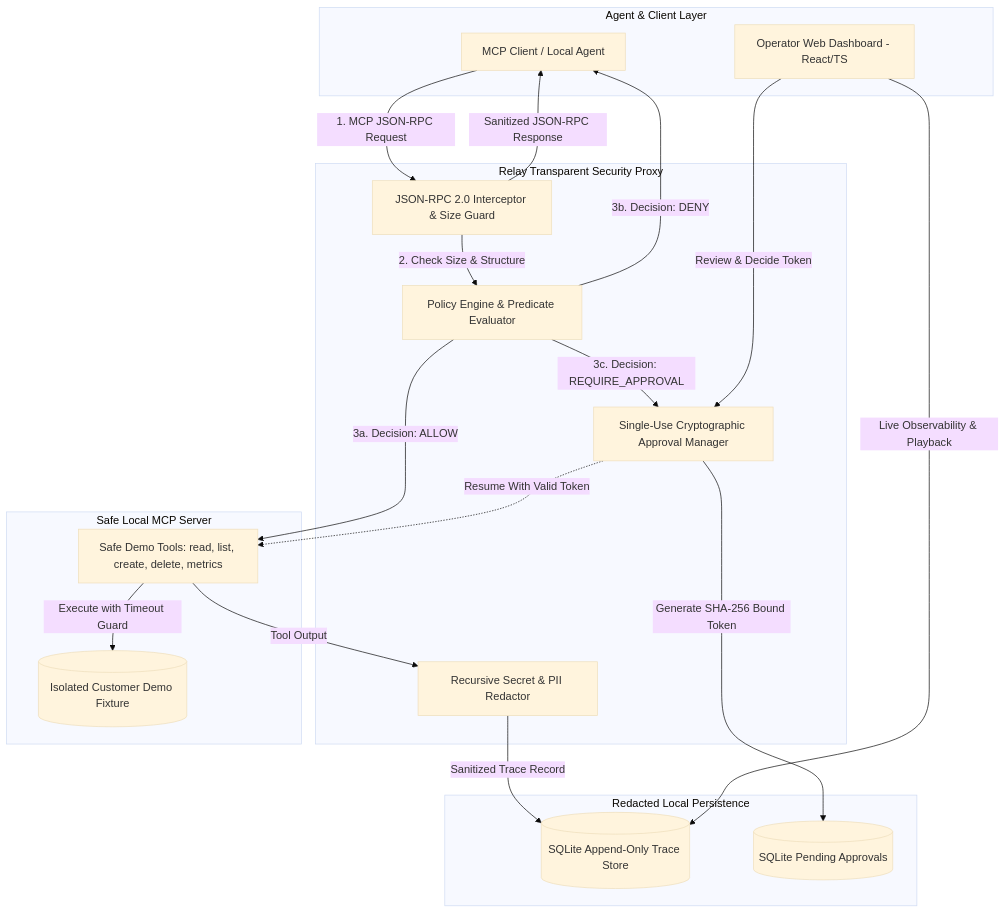
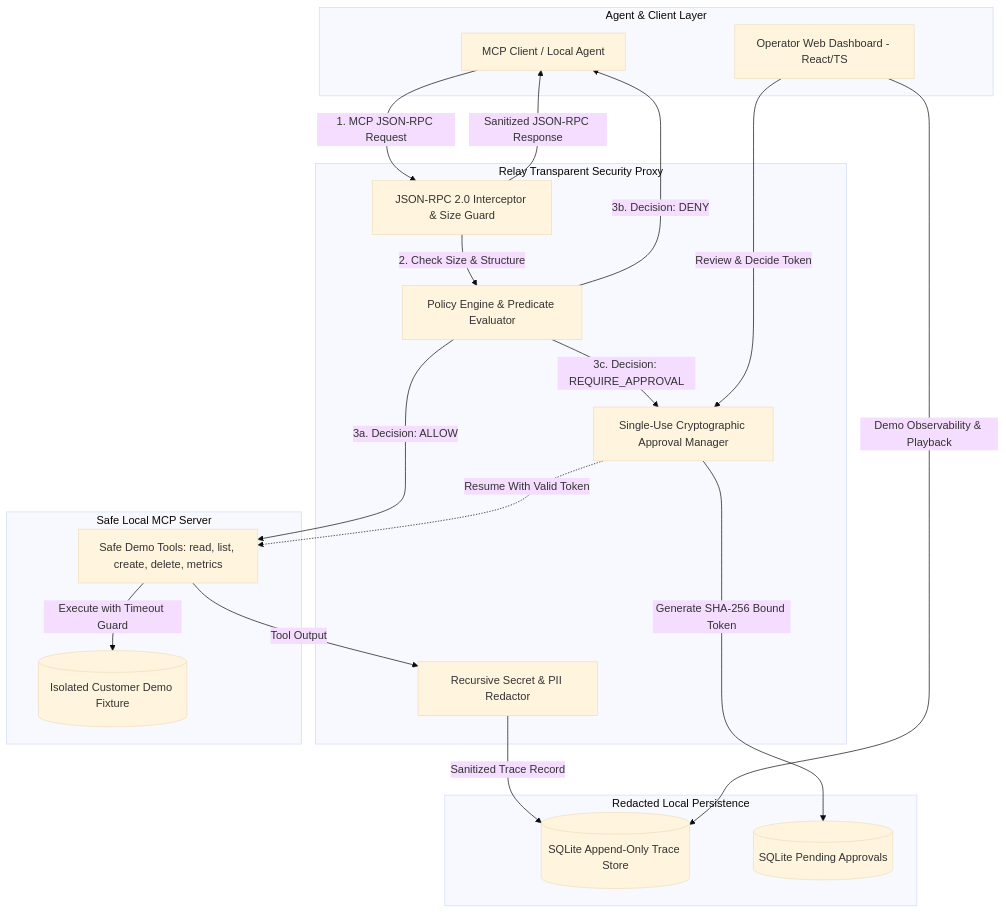
Before and after one commit to coder058/relay: the diagram in README.md, drawn with Mermaid (base theme). The commit also changed other lines of this file and 3 other files, not shown here.

````diff
--- a/README.md
+++ b/README.md
@@ -36,40 +40,40 @@
 ```mermaid
 flowchart TD
     subgraph ClientLayer [Agent & Client Layer]
         Agent[MCP Client / Local Agent]
         Browser[Operator Web Dashboard - React/TS]
     end
 
     subgraph RelayProxy [Relay Transparent Security Proxy]
         RPC[JSON-RPC 2.0 Interceptor & Size Guard]
         Policy[Policy Engine & Predicate Evaluator]
         Redactor[Recursive Secret & PII Redactor]
         ApprMgr[Single-Use Cryptographic Approval Manager]
     end
 
     subgraph Storage [Redacted Local Persistence]
         SQLiteTraces[(SQLite Append-Only Trace Store)]
         SQLiteApprovals[(SQLite Pending Approvals)]
     end
 
     subgraph MCPServer [Safe Local MCP Server]
         Tools[Safe Demo Tools: read, list, create, delete, metrics]
         Fixture[(Isolated Customer Demo Fixture)]
     end
 
     Agent -->|1. MCP JSON-RPC Request| RPC
     RPC -->|2. Check Size & Structure| Policy
     Policy -->|3a. Decision: ALLOW| Tools
     Policy -->|3b. Decision: DENY| Agent
     Policy -->|3c. Decision: REQUIRE_APPROVAL| ApprMgr
 
     ApprMgr -->|Generate SHA-256 Bound Token| SQLiteApprovals
     Browser -->|Review & Decide Token| ApprMgr
     ApprMgr -.->|Resume With Valid Token| Tools
 
     Tools -->|Execute with Timeout Guard| Fixture
     Tools -->|Tool Output| Redactor
     Redactor -->|Sanitized Trace Record| SQLiteTraces
     RPC -->|Sanitized JSON-RPC Response| Agent
-    Browser -->|Live Observability & Playback| SQLiteTraces
+    Browser -->|Demo Observability & Playback| SQLiteTraces
 ```
````
